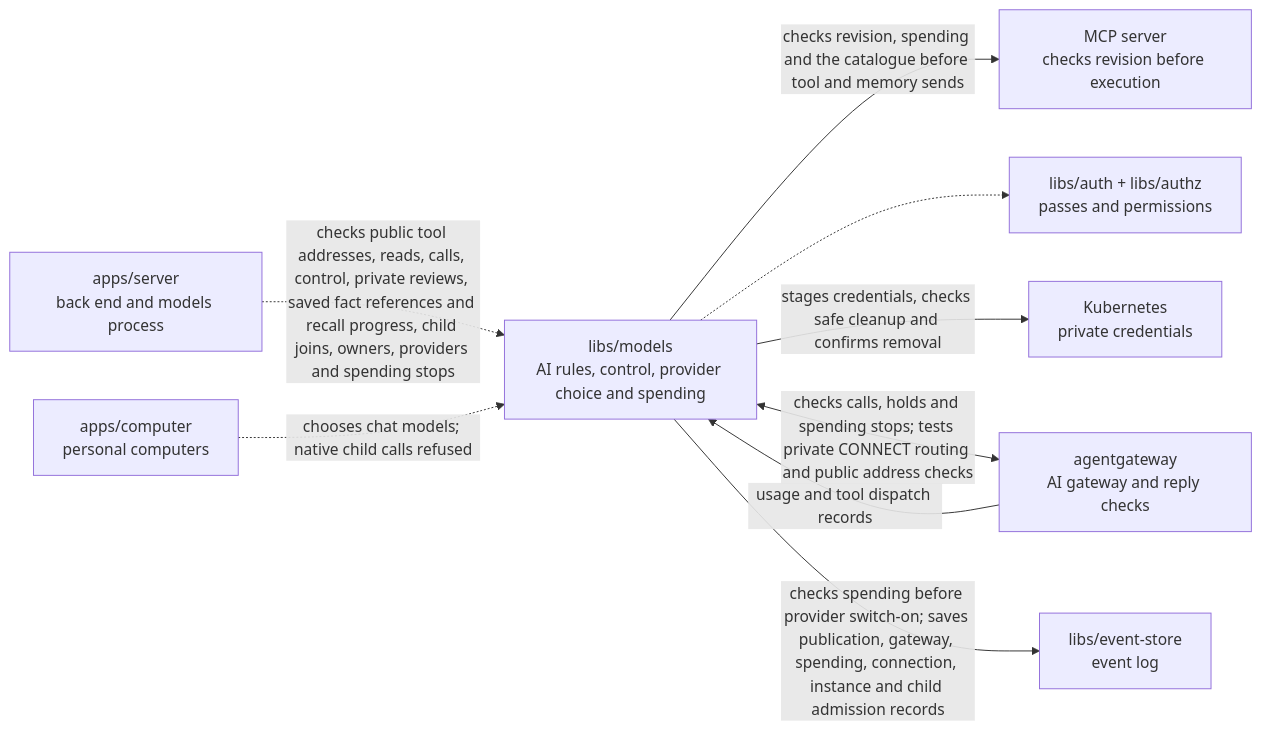
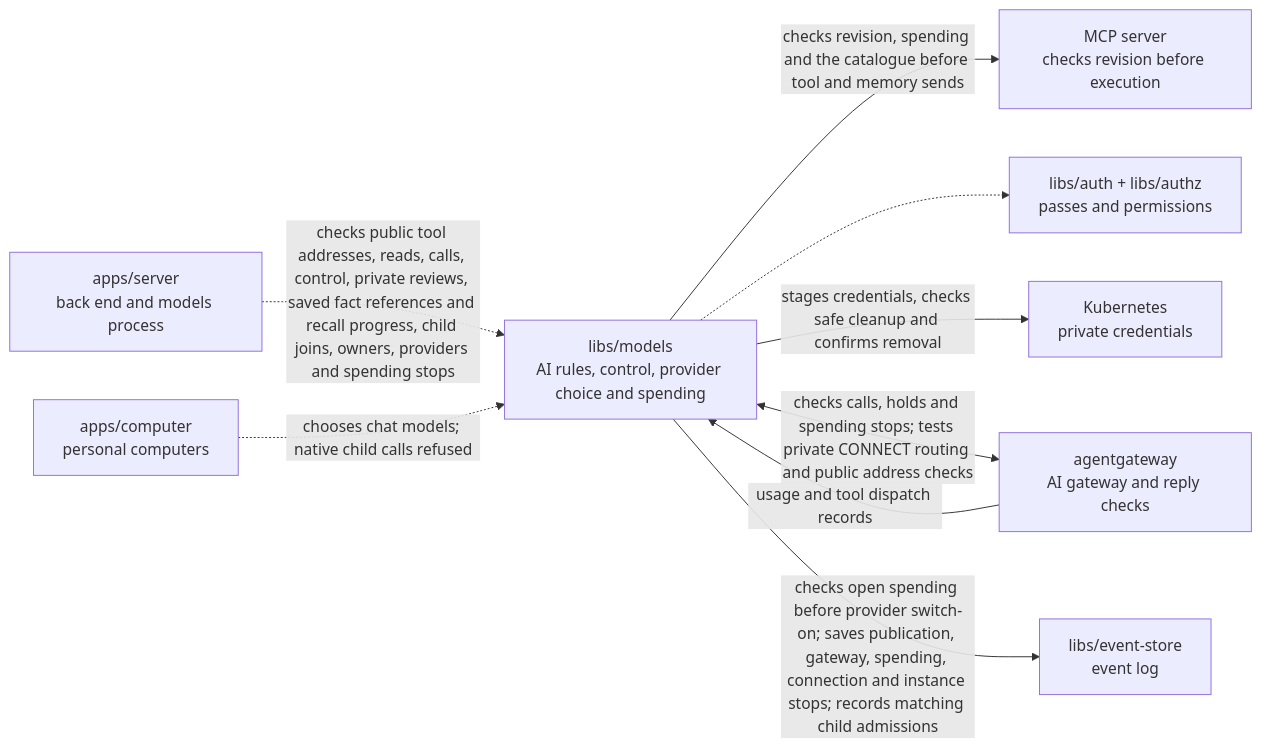
Before and after one commit to elewa-git/opencrane-new: the diagram in libs/models/README.md, drawn with Mermaid. The commit also changed other lines of this file and 16 other files, not shown here.

````diff
--- a/libs/models/README.md
+++ b/libs/models/README.md
@@ -14,11 +14,11 @@
 ```mermaid
 flowchart LR
   server["apps/server<br/>back end and models process"] -.->|checks public tool addresses, reads, calls, control, private reviews, saved fact references and recall progress, child joins, owners, providers and spending stops| models["libs/models<br/>AI rules, control, provider choice and spending"]
   models -->|checks revision, spending and the catalogue before tool and memory sends| mcp["MCP server<br/>checks revision before execution"]
   computer["apps/computer<br/>personal computers"] -.->|chooses chat models; native child calls refused| models
   models -.-> auth["libs/auth + libs/authz<br/>passes and permissions"]
   models -->|stages credentials, checks safe cleanup and confirms removal| custody["Kubernetes<br/>private credentials"]
   models <-->|checks calls, holds and spending stops; tests private CONNECT routing and public address checks| gateway["agentgateway<br/>AI gateway and reply checks"]
   gateway -->|usage and tool dispatch records| models
-  models -->|checks spending before provider switch-on; saves publication, gateway, spending, connection, instance and child admission records| store["libs/event-store<br/>event log"]
+  models -->|checks open spending before provider switch-on; saves publication, gateway, spending, connection and instance stops; records matching child admissions| store["libs/event-store<br/>event log"]
 ```
````
